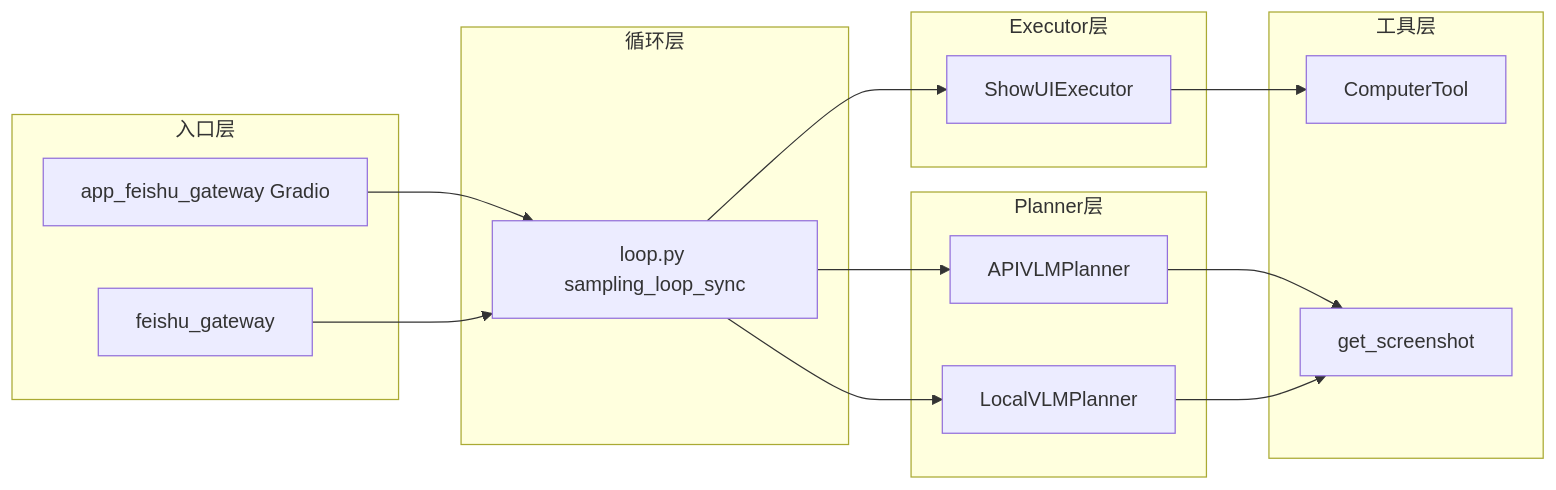
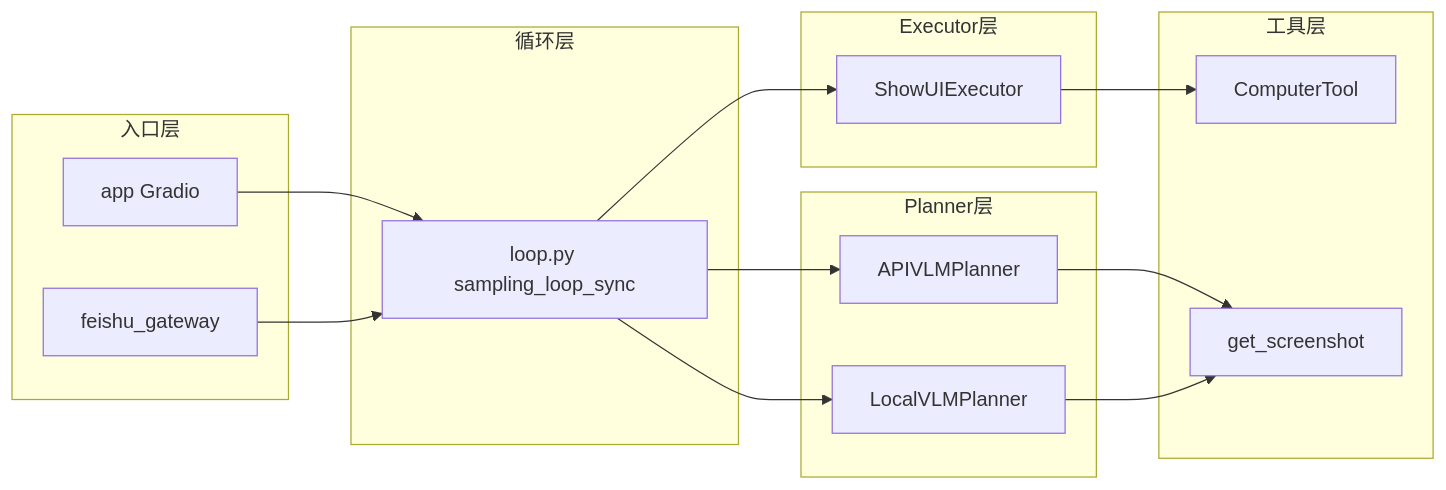
Before and after one commit to crown-hg-h/deskclaw: the third of 4 diagrams in docs/WORKFLOW.md, drawn with Mermaid. The commit also changed other lines of this file and 9 other files, not shown here.

````diff
--- a/docs/WORKFLOW.md
+++ b/docs/WORKFLOW.md
@@ -85,34 +85,34 @@
 ```mermaid
 flowchart LR
     subgraph 入口层
-        App[app_feishu_gateway Gradio]
+        App[app Gradio]
         Feishu[feishu_gateway]
     end
 
     subgraph 循环层
         Loop[loop.py sampling_loop_sync]
     end
 
     subgraph Planner层
         APIVLM[APIVLMPlanner]
         LocalVLM[LocalVLMPlanner]
     end
 
     subgraph Executor层
         ShowUIExec[ShowUIExecutor]
     end
 
     subgraph 工具层
         Computer[ComputerTool]
         Screen[get_screenshot]
     end
 
     App --> Loop
     Feishu --> Loop
     Loop --> APIVLM
     Loop --> LocalVLM
     Loop --> ShowUIExec
     APIVLM --> Screen
     LocalVLM --> Screen
     ShowUIExec --> Computer
 ```
````
